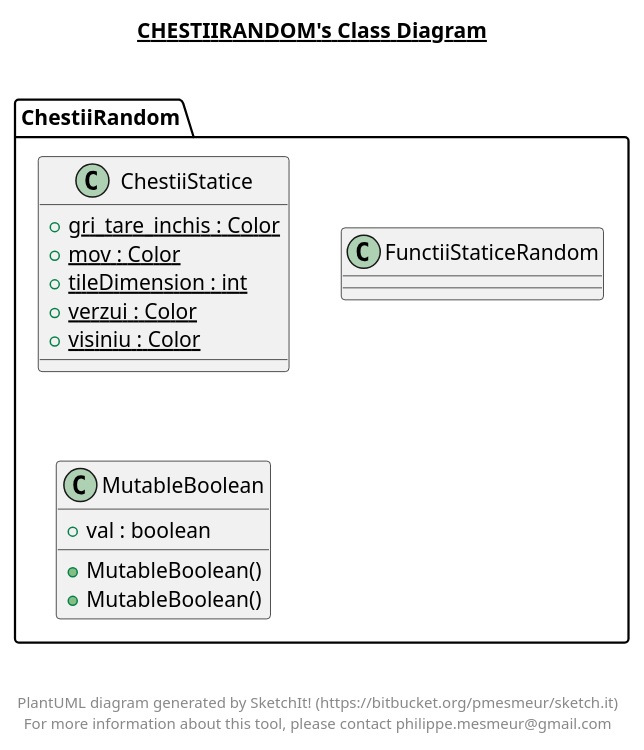
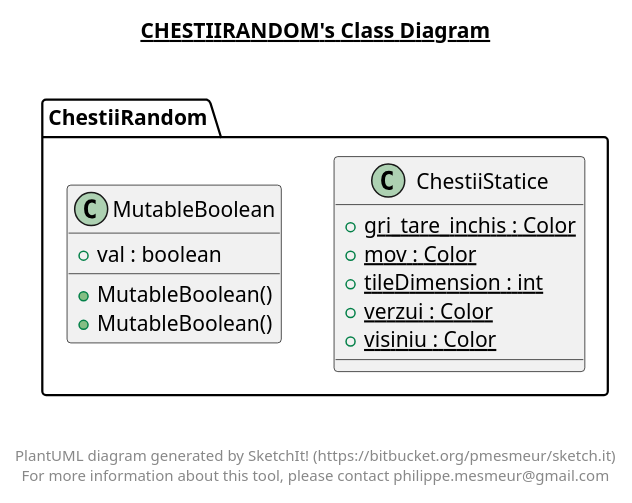
The diagram in src/ChestiiRandom/ChestiiRandom.plantuml (IulianMurariu-Tanasache/ProiectPAOO_FirstDungeon), drawn with PlantUML before and after one commit. The commit also changed 111 other files, not shown here.

```diff
--- a/src/ChestiiRandom/ChestiiRandom.plantuml
+++ b/src/ChestiiRandom/ChestiiRandom.plantuml
@@ -1,40 +1,34 @@
 @startuml
 
 title __CHESTIIRANDOM's Class Diagram__\n
 
   namespace ChestiiRandom {
     class ChestiiRandom.ChestiiStatice {
         {static} + gri_tare_inchis : Color
         {static} + mov : Color
         {static} + tileDimension : int
         {static} + verzui : Color
         {static} + visiniu : Color
-    }
-  }
-  
-
-  namespace ChestiiRandom {
-    class ChestiiRandom.FunctiiStaticeRandom {
     }
   }
   
 
   namespace ChestiiRandom {
     class ChestiiRandom.MutableBoolean {
         + val : boolean
         + MutableBoolean()
         + MutableBoolean()
     }
   }
   
 
 
 
 right footer
 
 
 PlantUML diagram generated by SketchIt! (https://bitbucket.org/pmesmeur/sketch.it)
 For more information about this tool, please contact philippe.mesmeur@gmail.com
 endfooter
 
 @enduml
```
